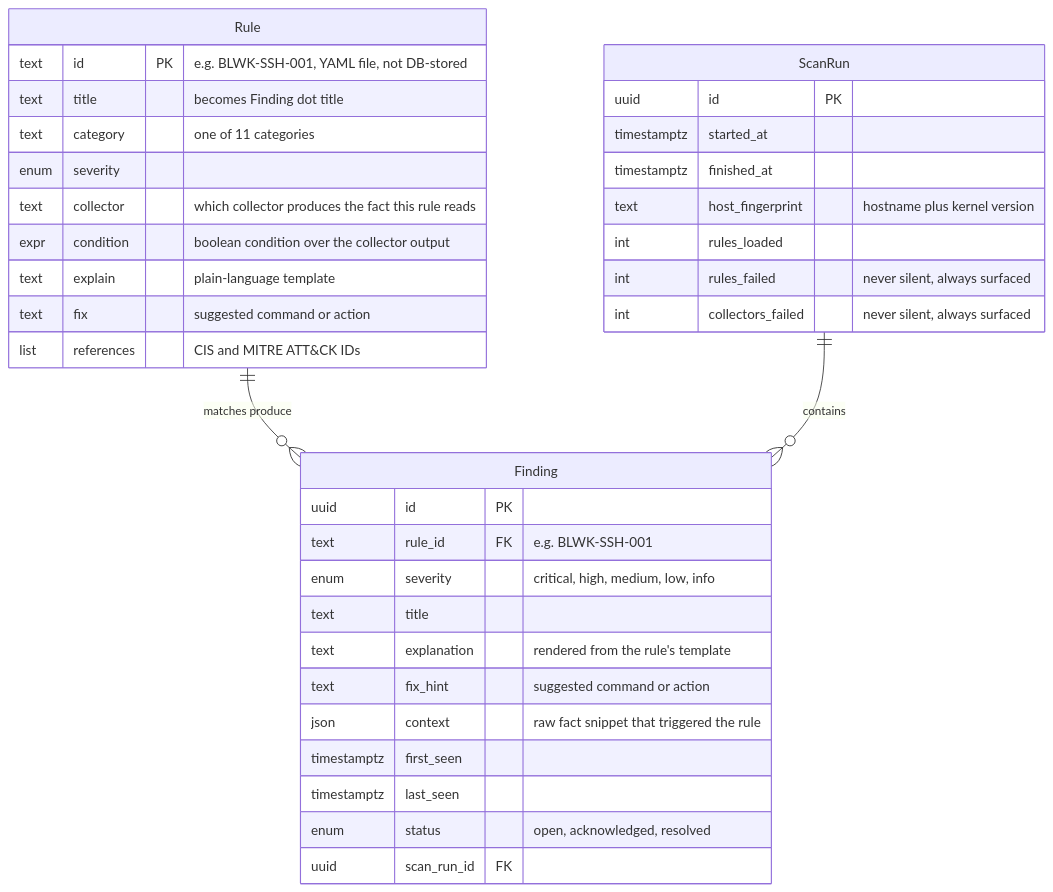
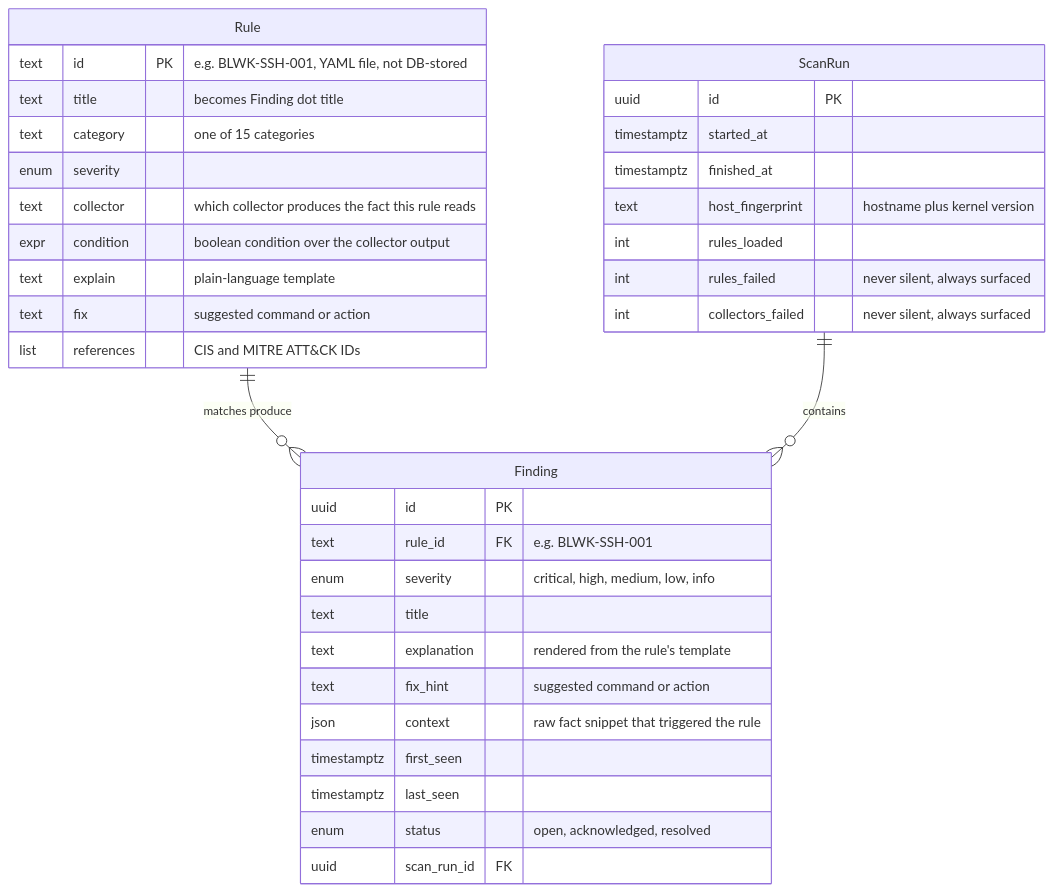
The fifth of 9 diagrams in docs/guide/architecture.md (vietanhdev/bulwark), drawn with Mermaid before and after one commit. The commit also changed other lines of this file and 28 other files, not shown here.

First line of the commit message:
docs: correct stale counts and behaviour, load diagrams only where a page has one

````diff
--- a/docs/guide/architecture.md
+++ b/docs/guide/architecture.md
@@ -202,41 +202,41 @@
 ```mermaid
 erDiagram
     Rule ||--o{ Finding : "matches produce"
     ScanRun ||--o{ Finding : "contains"
 
     Finding {
         uuid id PK
         text rule_id FK "e.g. BLWK-SSH-001"
         enum severity "critical, high, medium, low, info"
         text title
         text explanation "rendered from the rule's template"
         text fix_hint "suggested command or action"
         json context "raw fact snippet that triggered the rule"
         timestamptz first_seen
         timestamptz last_seen
         enum status "open, acknowledged, resolved"
         uuid scan_run_id FK
     }
 
     ScanRun {
         uuid id PK
         timestamptz started_at
         timestamptz finished_at
         text host_fingerprint "hostname plus kernel version"
         int rules_loaded
         int rules_failed "never silent, always surfaced"
         int collectors_failed "never silent, always surfaced"
     }
 
     Rule {
         text id PK "e.g. BLWK-SSH-001, YAML file, not DB-stored"
         text title "becomes Finding dot title"
-        text category "one of 11 categories"
+        text category "one of 15 categories"
         enum severity
         text collector "which collector produces the fact this rule reads"
         expr condition "boolean condition over the collector output"
         text explain "plain-language template"
         text fix "suggested command or action"
         list references "CIS and MITRE ATT&CK IDs"
     }
 ```
````
